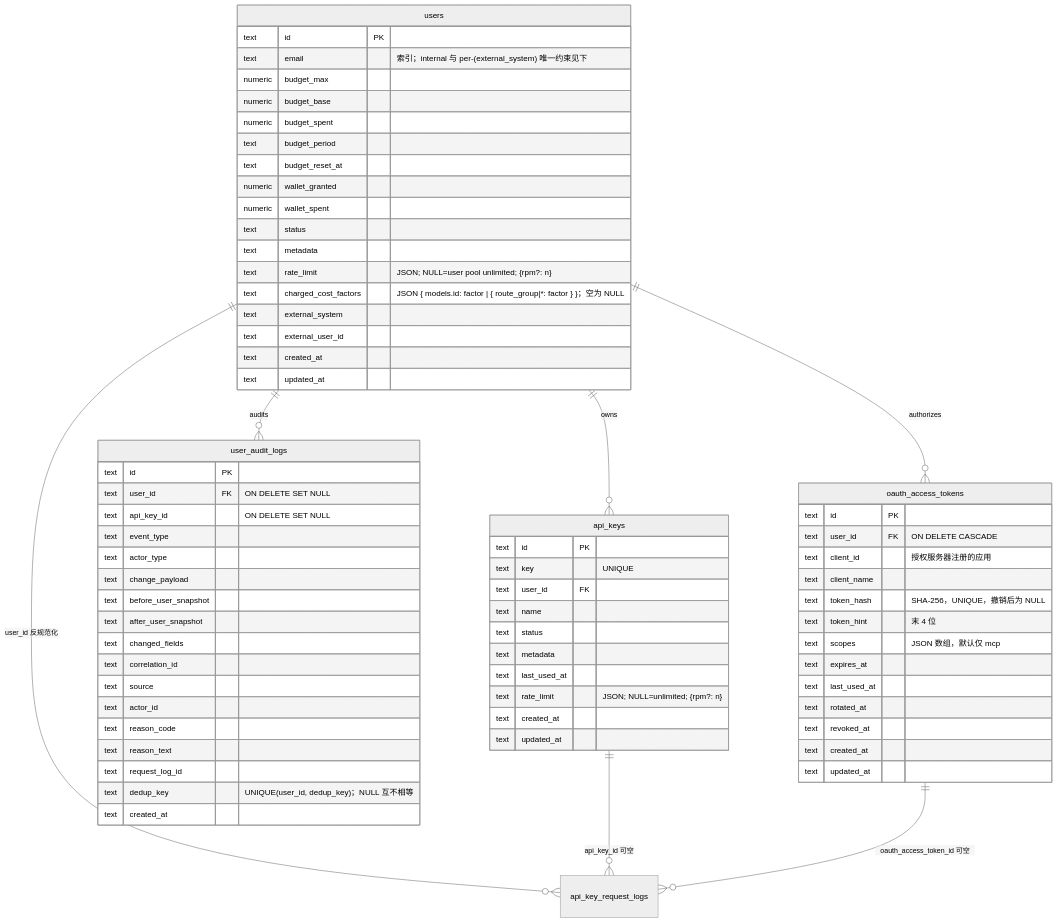
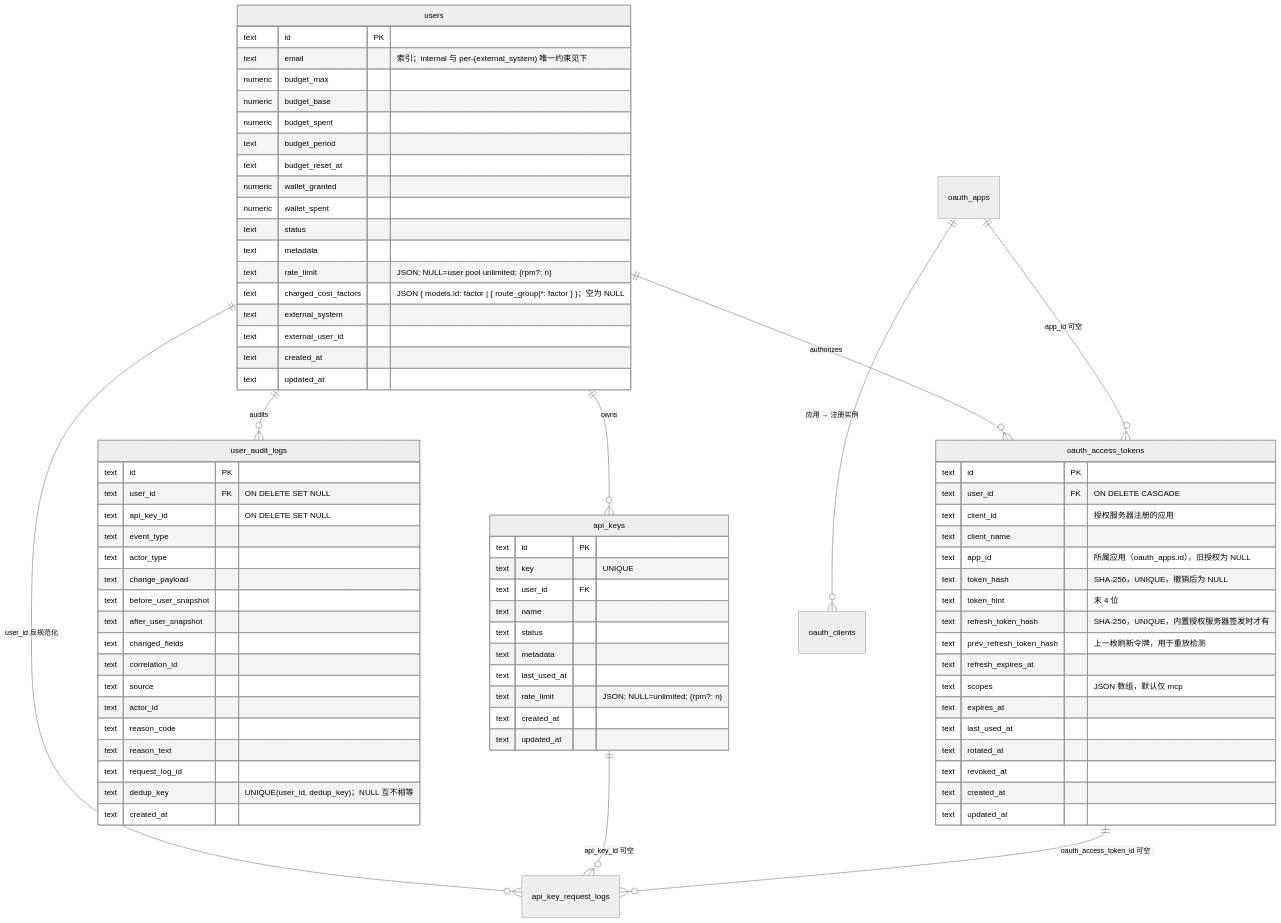
Before and after one commit to OctaFuse/octafuse-gateway: the diagram in docs/developers/architecture/user-keys-data-model.md, drawn with Mermaid (neutral theme). The commit also changed other lines of this file and 64 other files, not shown here.

```diff
--- a/docs/developers/architecture/user-keys-data-model.md
+++ b/docs/developers/architecture/user-keys-data-model.md
@@ -12,6 +12,8 @@
     api_keys ||--o{ api_key_request_logs : "api_key_id 可空"
     users ||--o{ oauth_access_tokens : authorizes
     oauth_access_tokens ||--o{ api_key_request_logs : "oauth_access_token_id 可空"
+    oauth_apps ||--o{ oauth_clients : "应用 → 注册实例"
+    oauth_apps ||--o{ oauth_access_tokens : "app_id 可空"
 
     users {
         text id PK
@@ -51,8 +53,12 @@
         text user_id FK "ON DELETE CASCADE"
         text client_id "授权服务器注册的应用"
         text client_name
+        text app_id "所属应用（oauth_apps.id），旧授权为 NULL"
         text token_hash "SHA-256，UNIQUE，撤销后为 NULL"
         text token_hint "末 4 位"
+        text refresh_token_hash "SHA-256，UNIQUE，内置授权服务器签发时才有"
+        text prev_refresh_token_hash "上一枚刷新令牌，用于重放检测"
+        text refresh_expires_at
         text scopes "JSON 数组，默认仅 mcp"
         text expires_at
         text last_used_at
```
